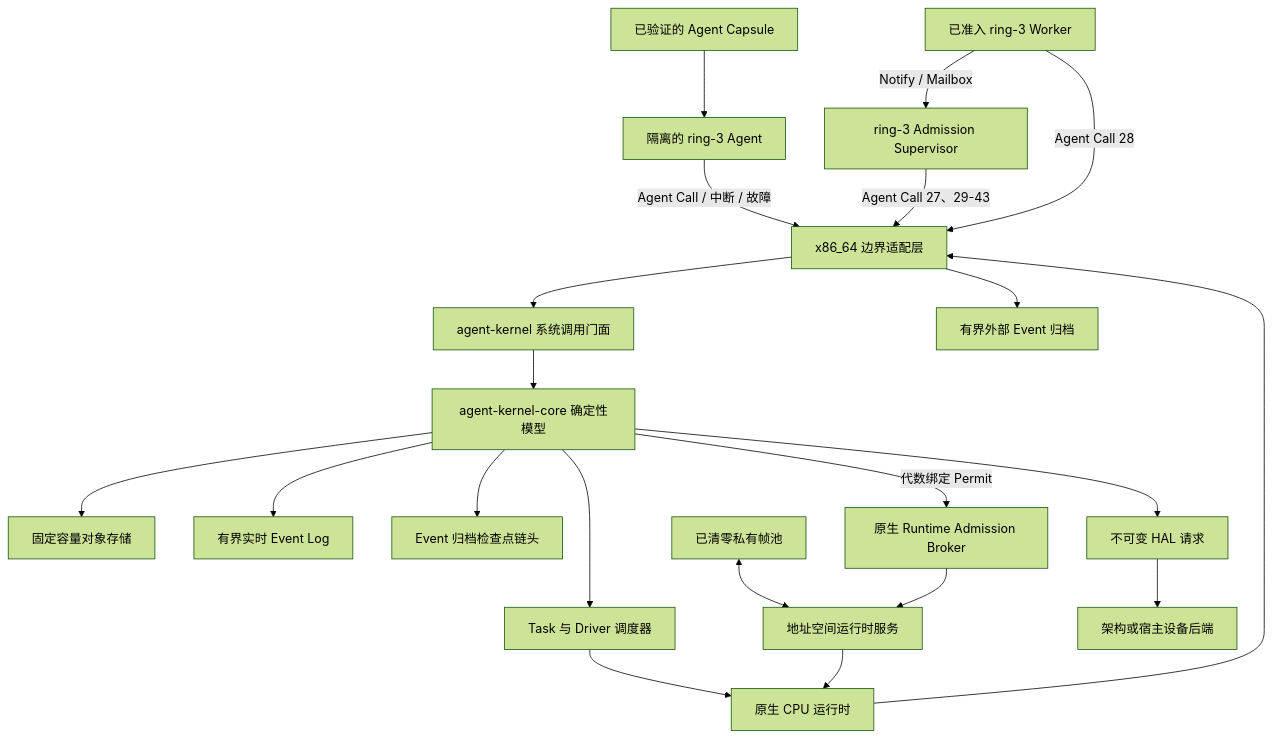
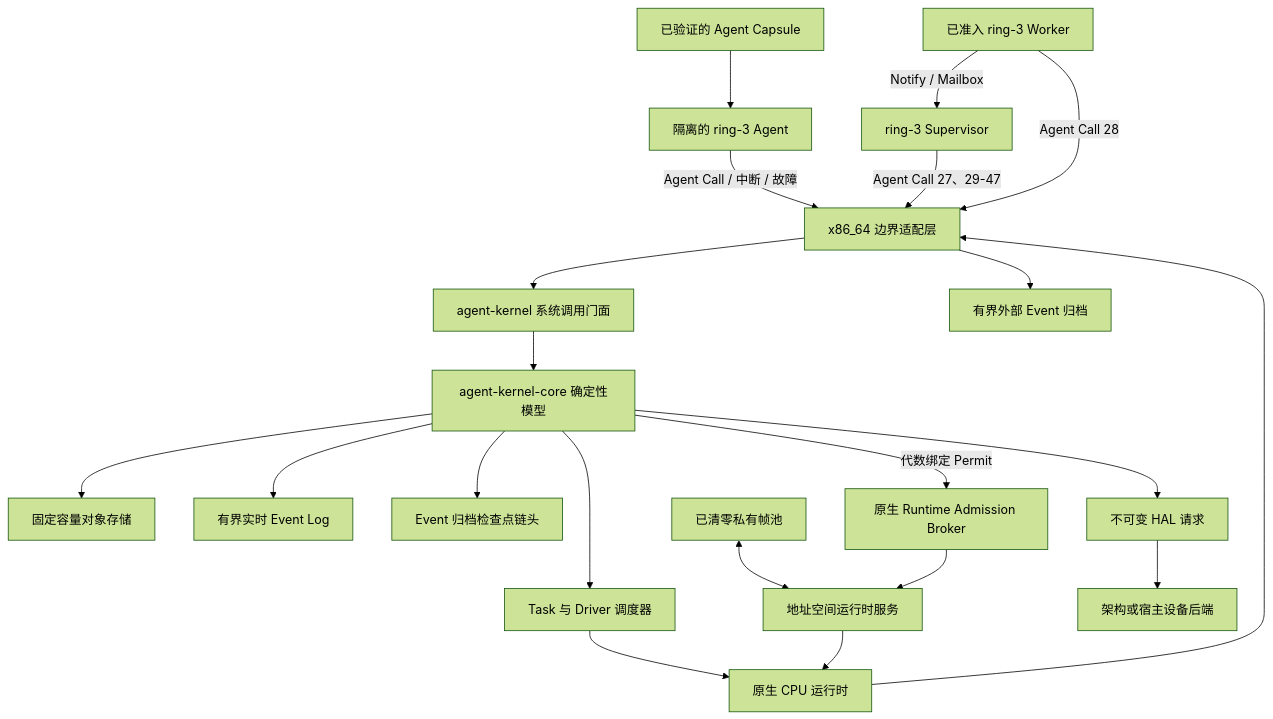
Before and after one commit to Evan-master/agent-kernel: the diagram in README.zh-CN.md, drawn with Mermaid (forest theme). The commit also changed other lines of this file and 49 other files, not shown here.

````diff
--- a/README.zh-CN.md
+++ b/README.zh-CN.md
@@ -263,23 +273,23 @@
 ```mermaid
 flowchart TB
     Capsule["已验证的 Agent Capsule"] --> Ring3["隔离的 ring-3 Agent"]
     Ring3 -->|"Agent Call / 中断 / 故障"| X86["x86_64 边界适配层"]
     X86 --> Facade["agent-kernel 系统调用门面"]
     Facade --> Core["agent-kernel-core 确定性模型"]
     Core --> Stores["固定容量对象存储"]
     Core --> Events["有界实时 Event Log"]
     Core --> ArchiveHead["Event 归档检查点链头"]
     Core --> Scheduler["Task 与 Driver 调度器"]
     Scheduler --> Runtime["原生 CPU 运行时"]
     Runtime --> X86
     FramePool["已清零私有帧池"] <--> AddressService["地址空间运行时服务"]
     Broker["原生 Runtime Admission Broker"] --> AddressService
     Core -->|"代数绑定 Permit"| Broker
     AddressService --> Runtime
     X86 --> Archive["有界外部 Event 归档"]
     Core --> HAL["不可变 HAL 请求"]
     HAL --> Device["架构或宿主设备后端"]
-    Supervisor["ring-3 Admission Supervisor"] -->|"Agent Call 27、29-43"| X86
+    Supervisor["ring-3 Supervisor"] -->|"Agent Call 27、29-47"| X86
     Workers["已准入 ring-3 Worker"] -->|"Agent Call 28"| X86
     Workers -->|"Notify / Mailbox"| Supervisor
 ```
````
